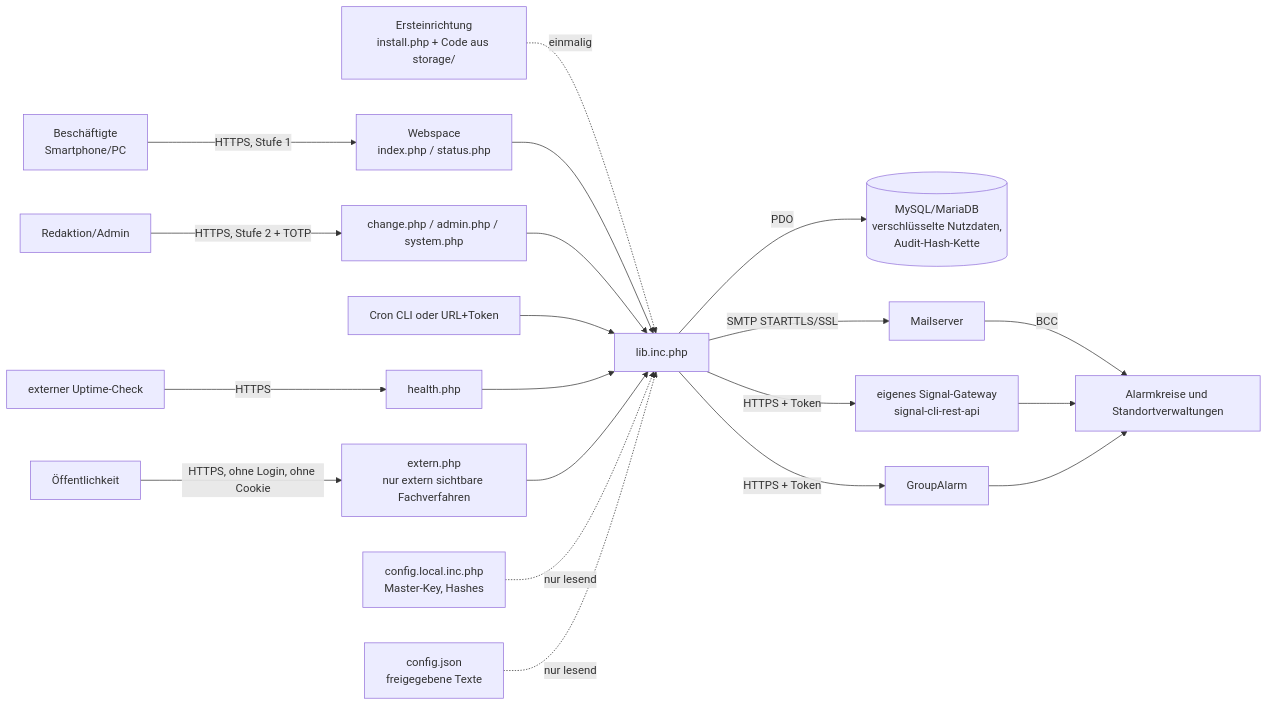
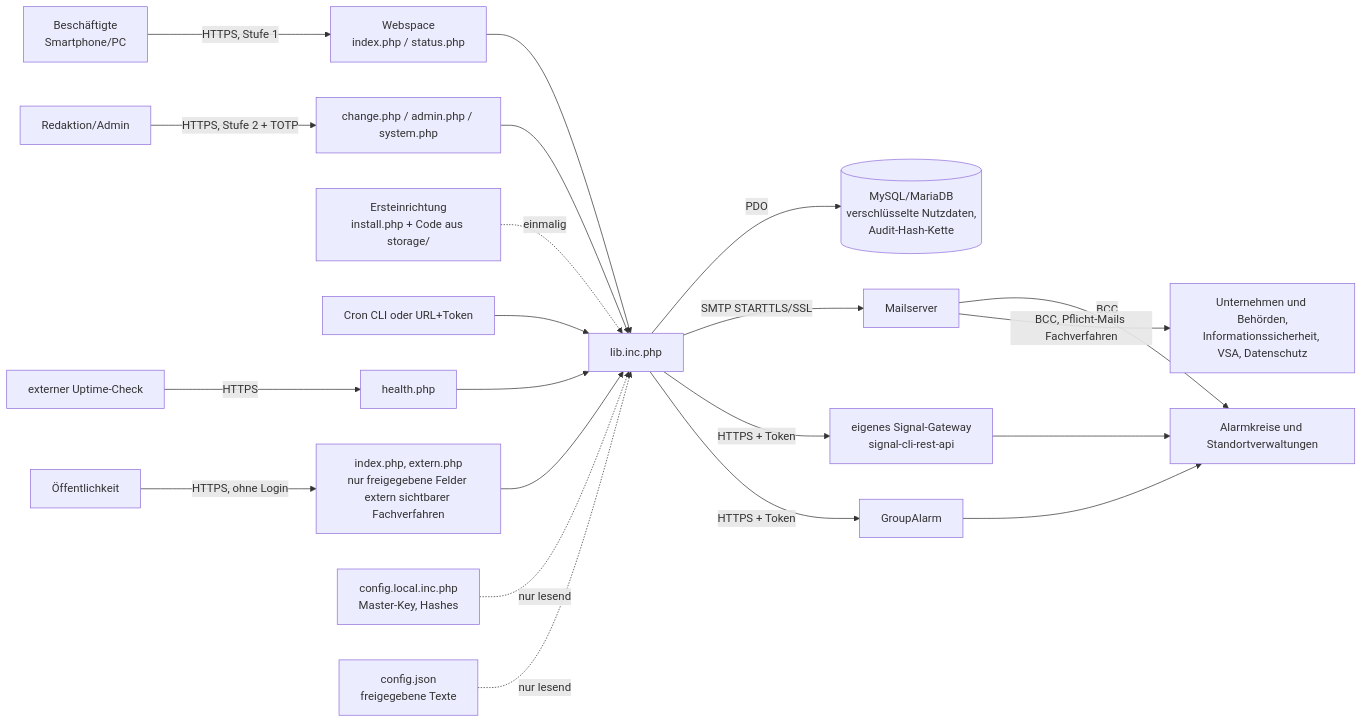
The diagram in docs/05-sicherheit-und-audit.md (yannickid/Status-BCM), drawn with Mermaid before and after one commit. The commit also changed other lines of this file and 14 other files, not shown here.

First line of the commit message:
Fachverfahren: öffentlicher Status auf der Startseite, Pflicht-Mails, Adressbuch (1.7.0)

````diff
--- a/docs/05-sicherheit-und-audit.md
+++ b/docs/05-sicherheit-und-audit.md
@@ -49,17 +49,18 @@
 ```mermaid
 flowchart LR
   B[Beschäftigte<br>Smartphone/PC] -- HTTPS, Stufe 1 --> W[Webspace<br>index.php / status.php]
   R[Redaktion/Admin] -- HTTPS, Stufe 2 + TOTP --> C[change.php / admin.php / system.php]
   I[Ersteinrichtung<br>install.php + Code aus storage/] -. einmalig .-> L
   W --> L[lib.inc.php]
   C --> L
   L -- PDO --> D[(MySQL/MariaDB<br>verschlüsselte Nutzdaten,<br>Audit-Hash-Kette)]
   L -- SMTP STARTTLS/SSL --> M[Mailserver] -- BCC --> E[Alarmkreise und Standortverwaltungen]
   L -- HTTPS + Token --> S[eigenes Signal-Gateway<br>signal-cli-rest-api] --> E
   L -- HTTPS + Token --> G[GroupAlarm] --> E
   K[Cron CLI oder URL+Token] --> L
   U[externer Uptime-Check] -- HTTPS --> H[health.php] --> L
-  O[Öffentlichkeit] -- HTTPS, ohne Login, ohne Cookie --> X[extern.php<br>nur extern sichtbare Fachverfahren] --> L
+  O[Öffentlichkeit] -- HTTPS, ohne Login --> X[index.php, extern.php<br>nur freigegebene Felder extern sichtbarer Fachverfahren] --> L
+  M -- BCC, Pflicht-Mails Fachverfahren --> Z[Unternehmen und Behörden,<br>Informationssicherheit, VSA, Datenschutz]
   F[config.local.inc.php<br>Master-Key, Hashes] -. nur lesend .-> L
   J[config.json<br>freigegebene Texte] -. nur lesend .-> L
 ```
````
